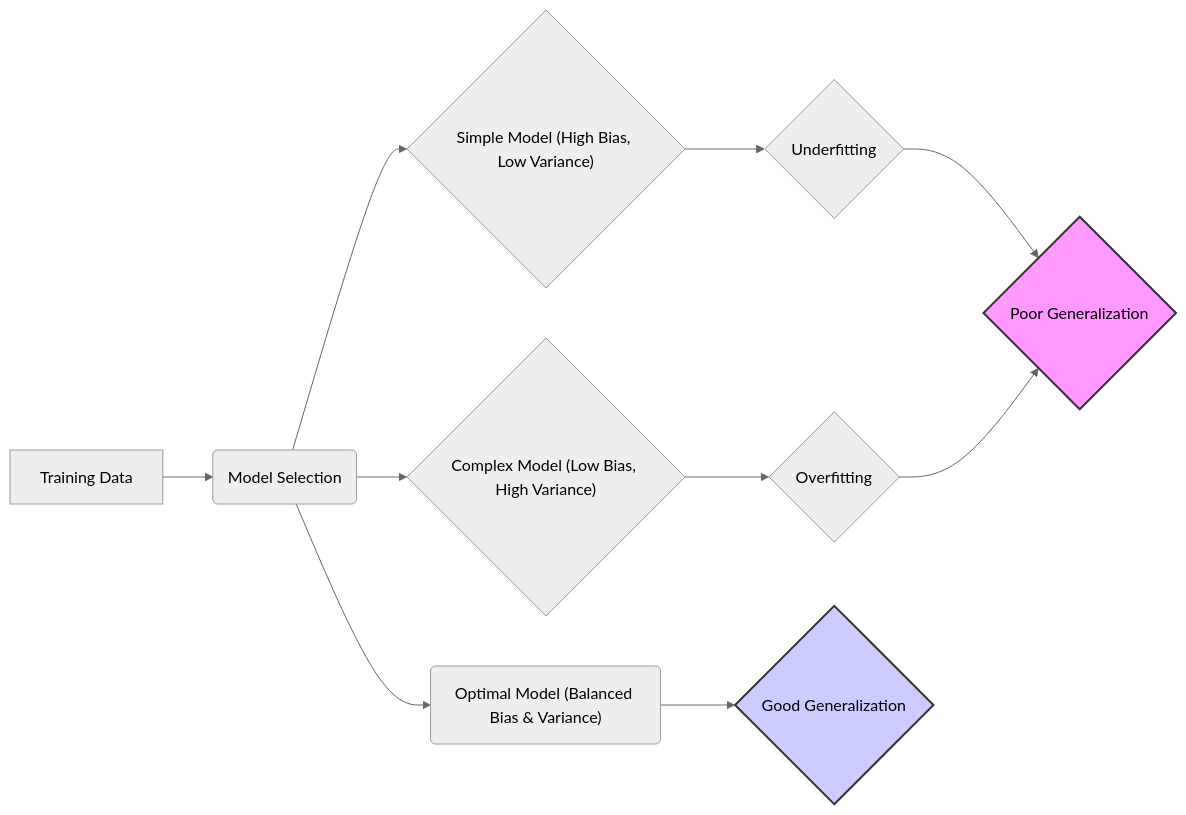
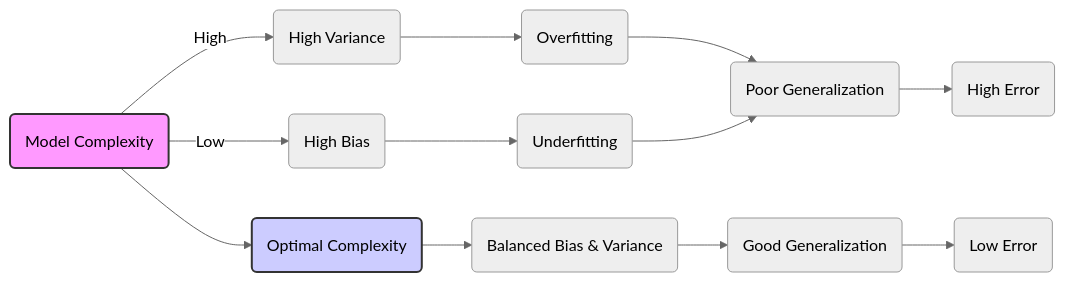
The first of 4 diagrams in 01. Linear Regression/01. Key Themes/01. Bias Variance Tradeoff.md (diegomrodrigues/statistical_learning_notes), drawn with Mermaid (neutral theme) before and after one commit. The commit also changed other lines of this file and 1 other file, not shown here.

````diff
--- a/01. Linear Regression/01. Key Themes/01. Bias Variance Tradeoff.md
+++ b/01. Linear Regression/01. Key Themes/01. Bias Variance Tradeoff.md
@@ -3,14 +3,16 @@
 ```mermaid
-flowchart LR
-    A["Training Data"] --> B("Model Selection");
-    B --> C{"Simple Model (High Bias, Low Variance)"};
-    B --> D{"Complex Model (Low Bias, High Variance)"};
-    C --> E{"Underfitting"};
-    D --> F{"Overfitting"};
-    E --> G{"Poor Generalization"};
-    F --> G
-    B --> H("Optimal Model (Balanced Bias & Variance)");
-    H --> I{"Good Generalization"};
-    style G fill:#f9f,stroke:#333,stroke-width:2px
-    style I fill:#ccf,stroke:#333,stroke-width:2px
+graph LR
+    A("Model Complexity") -->|High| B("High Variance")
+    A -->|Low| C("High Bias")
+    B --> D("Overfitting")
+    C --> E("Underfitting")
+    D --> F("Poor Generalization")
+    E --> F
+    F --> G("High Error")
+    A --> H("Optimal Complexity")
+    H --> I("Balanced Bias & Variance")
+    I --> J("Good Generalization")
+    J --> K("Low Error")
+    style A fill:#f9f,stroke:#333,stroke-width:2px
+    style H fill:#ccf,stroke:#333,stroke-width:2px
 ```
````
